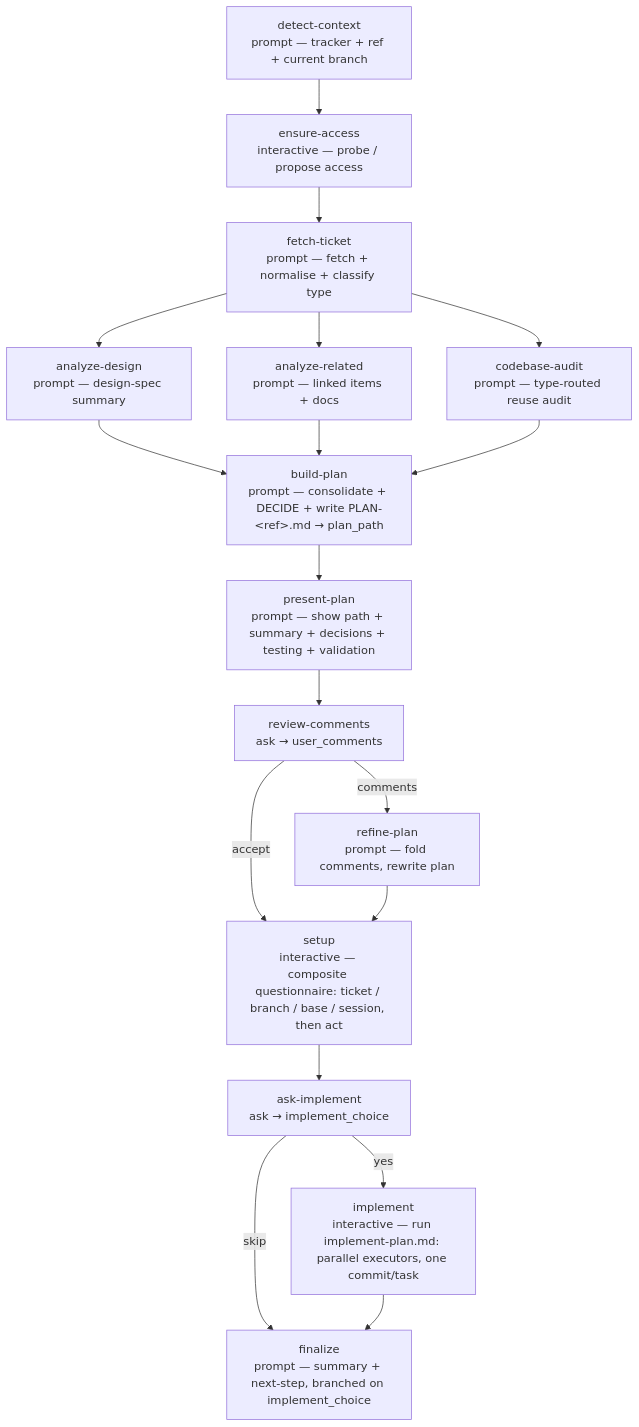
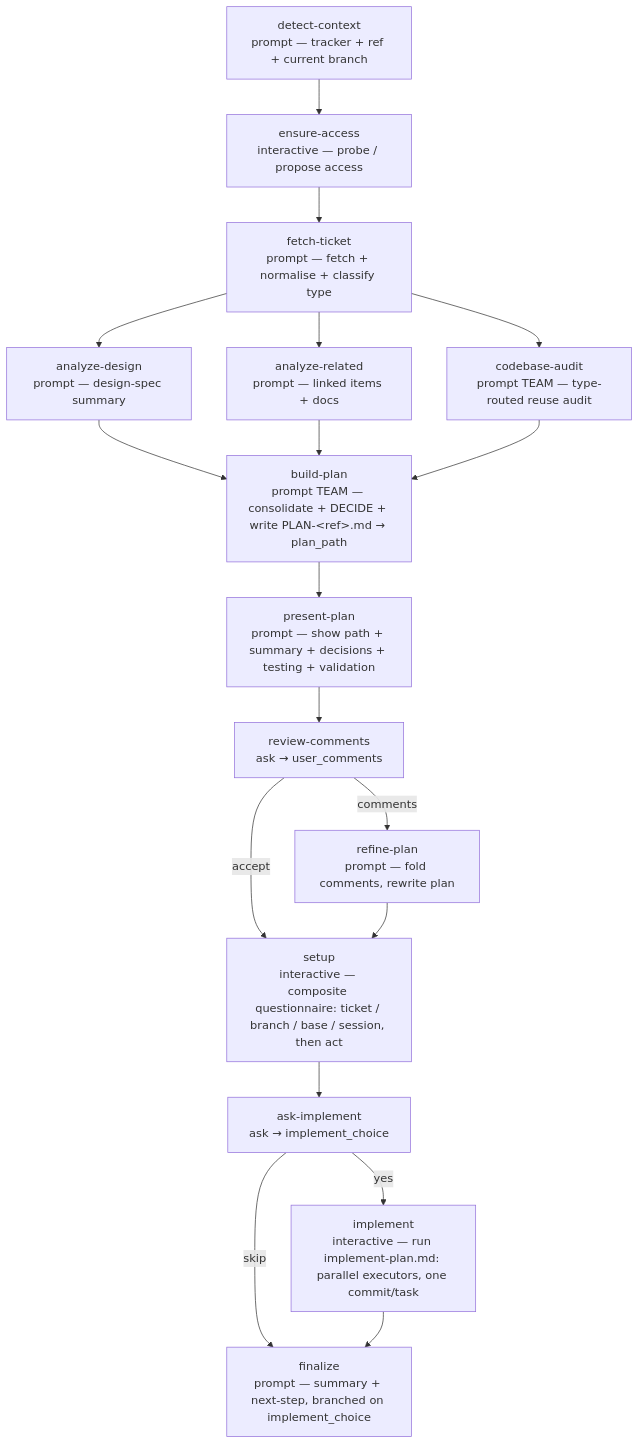
The diagram in plugins/wise/workflows/ticket-plan/README.md (e1024kb/wise-claude), drawn with Mermaid before and after one commit. The commit also changed other lines of this file and 30 other files, not shown here.

````diff
--- a/plugins/wise/workflows/ticket-plan/README.md
+++ b/plugins/wise/workflows/ticket-plan/README.md
@@ -51,20 +51,20 @@
 ```mermaid
 flowchart TD
     T[detect-context<br/>prompt — tracker + ref + current branch] --> X[ensure-access<br/>interactive — probe / propose access]
     X --> A[fetch-ticket<br/>prompt — fetch + normalise + classify type]
     A --> C[analyze-design<br/>prompt — design-spec summary]
     A --> D[analyze-related<br/>prompt — linked items + docs]
-    A --> E[codebase-audit<br/>prompt — type-routed reuse audit]
-    C --> B[build-plan<br/>prompt — consolidate + DECIDE + write PLAN-&lt;ref&gt;.md → plan_path]
+    A --> E[codebase-audit<br/>prompt TEAM — type-routed reuse audit]
+    C --> B[build-plan<br/>prompt TEAM — consolidate + DECIDE + write PLAN-&lt;ref&gt;.md → plan_path]
     D --> B
     E --> B
     B --> P[present-plan<br/>prompt — show path + summary + decisions + testing + validation]
     P --> RC[review-comments<br/>ask → user_comments]
     RC -->|comments| RF[refine-plan<br/>prompt — fold comments, rewrite plan]
     RC -->|accept| S
     RF --> S[setup<br/>interactive — composite questionnaire: ticket / branch / base / session, then act]
     S --> AI[ask-implement<br/>ask → implement_choice]
     AI -->|yes| IM[implement<br/>interactive — run implement-plan.md: parallel executors, one commit/task]
     AI -->|skip| FN
     IM --> FN[finalize<br/>prompt — summary + next-step, branched on implement_choice]
 ```
````
